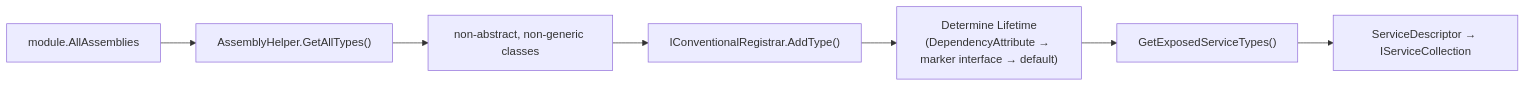
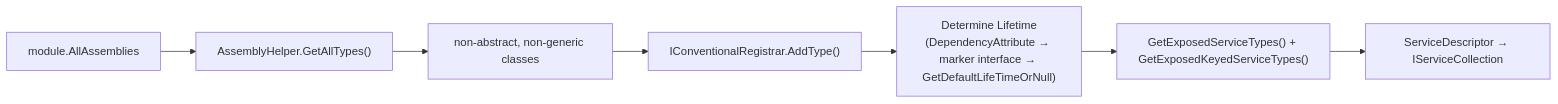
Before and after one commit to mintlify-atlas/docs-wiki-a1b1ff33: the fourth of 4 diagrams in architecture-overview.mdx, drawn with Mermaid. The commit also changed other lines of this file and 51 other files, not shown here.

````diff
--- a/architecture-overview.mdx
+++ b/architecture-overview.mdx
@@ -223,9 +386,9 @@
 ```mermaid
 flowchart LR
     ASM["module.AllAssemblies"] --> SCAN["AssemblyHelper.GetAllTypes()"]
     SCAN --> FILTER["non-abstract, non-generic classes"]
     FILTER --> REG["IConventionalRegistrar.AddType()"]
-    REG --> LIFE["Determine Lifetime<br/>(DependencyAttribute → marker interface → default)"]
-    LIFE --> EXP["GetExposedServiceTypes()"]
+    REG --> LIFE["Determine Lifetime<br/>(DependencyAttribute → marker interface → GetDefaultLifeTimeOrNull)"]
+    LIFE --> EXP["GetExposedServiceTypes() + GetExposedKeyedServiceTypes()"]
     EXP --> SD["ServiceDescriptor → IServiceCollection"]
 ```
````
